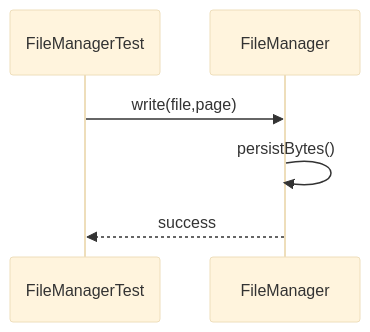
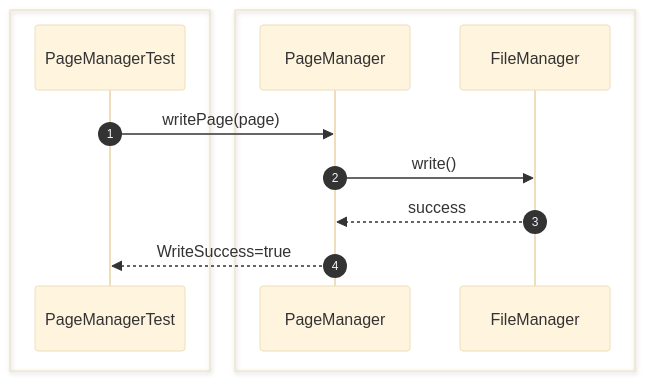
One commit to Huy1801214/dbms-architecture changed diagram 15 of 52 in src/sequence/storage-engine.md. Above: the diagram before and after it, drawn with Mermaid (base theme). The commit also changed other lines of this file and 10 other files, not shown here.

Commit message:
add comprehensive sequence diagrams and documentation for system architecture and unit testing specifications

````diff
--- a/src/sequence/storage-engine.md
+++ b/src/sequence/storage-engine.md
@@ -241,11 +257,17 @@
 ```mermaid
 sequenceDiagram
-    participant Test as FileManagerTest
-    participant File as FileManager
+    autonumber
 
-    Test->>File: write(file,page)
+    box #e1f5fe Test Suite
+    participant Test as PageManagerTest
+    end
+    box #e0f2f1 Storage Components
+    participant PageManager as PageManager
+    participant FileManager as FileManager
+    end
 
-    File->>File: persistBytes()
-
-    File-->>Test: success
+    Test->>PageManager: writePage(page)
+    PageManager->>FileManager: write()
+    FileManager-->>PageManager: success
+    PageManager-->>Test: WriteSuccess=true
 ```
````
